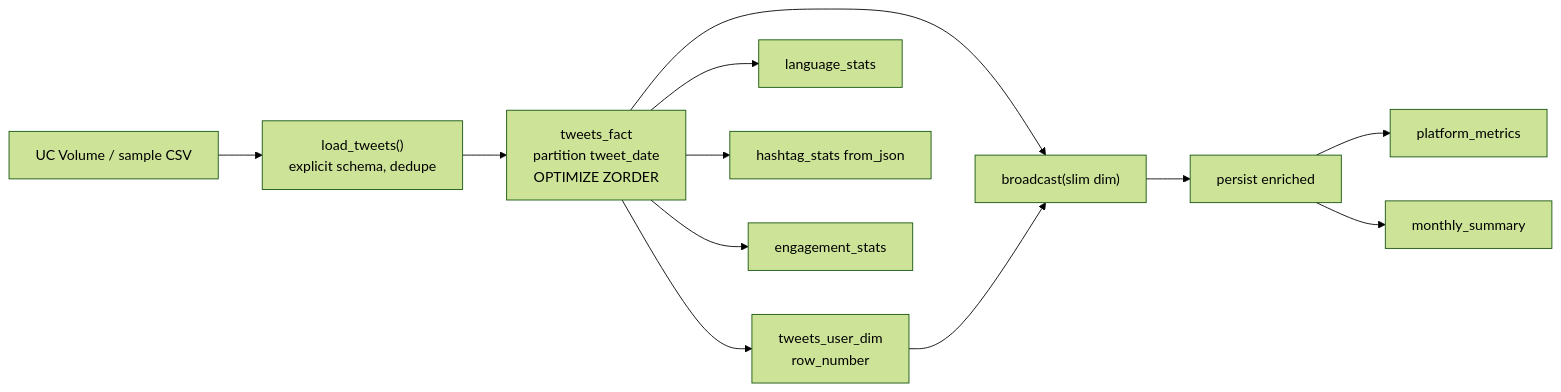
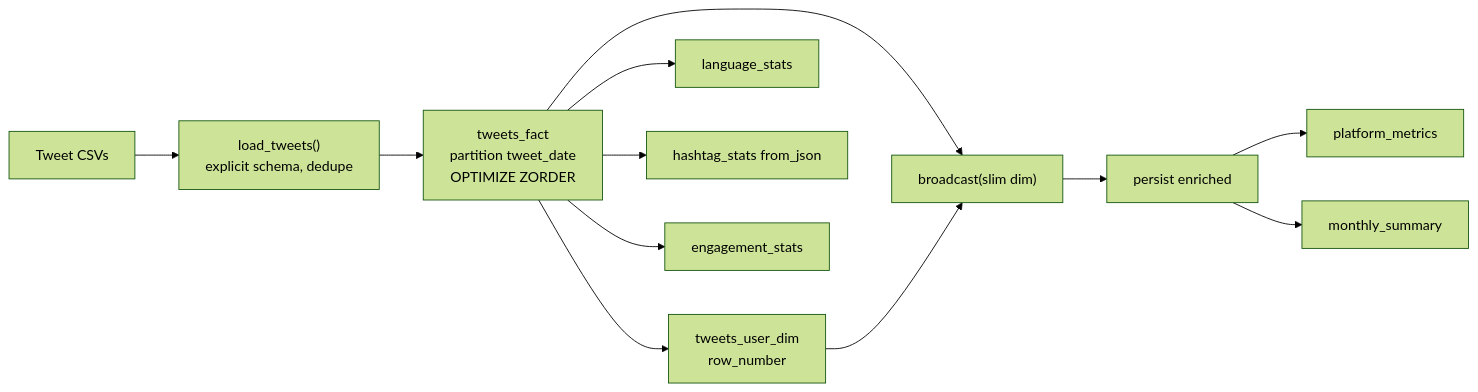
The diagram in README.md (alperendavran/pyspark-tweets-star-schema), drawn with Mermaid (forest theme) before and after one commit. The commit also changed other lines of this file, not shown here.

Commit message:
Rewrite README: remove architecture image and Auth & config sections.

````diff
--- a/README.md
+++ b/README.md
@@ -119,14 +115,14 @@
 ```mermaid
 flowchart LR
-  CSV["UC Volume / sample CSV"] --> INGEST["load_tweets()\nexplicit schema, dedupe"]
+  CSV["Tweet CSVs"] --> INGEST["load_tweets()\nexplicit schema, dedupe"]
   INGEST --> FACT["tweets_fact\npartition tweet_date\nOPTIMIZE ZORDER"]
   FACT --> DIM["tweets_user_dim\nrow_number"]
   FACT --> JOIN["broadcast(slim dim)"]
   DIM --> JOIN
   JOIN --> CACHE["persist enriched"]
   CACHE --> KPI["platform_metrics"]
   CACHE --> MONTH["monthly_summary"]
   FACT --> LANG["language_stats"]
   FACT --> TAG["hashtag_stats from_json"]
   FACT --> ENG["engagement_stats"]
 ```
````
